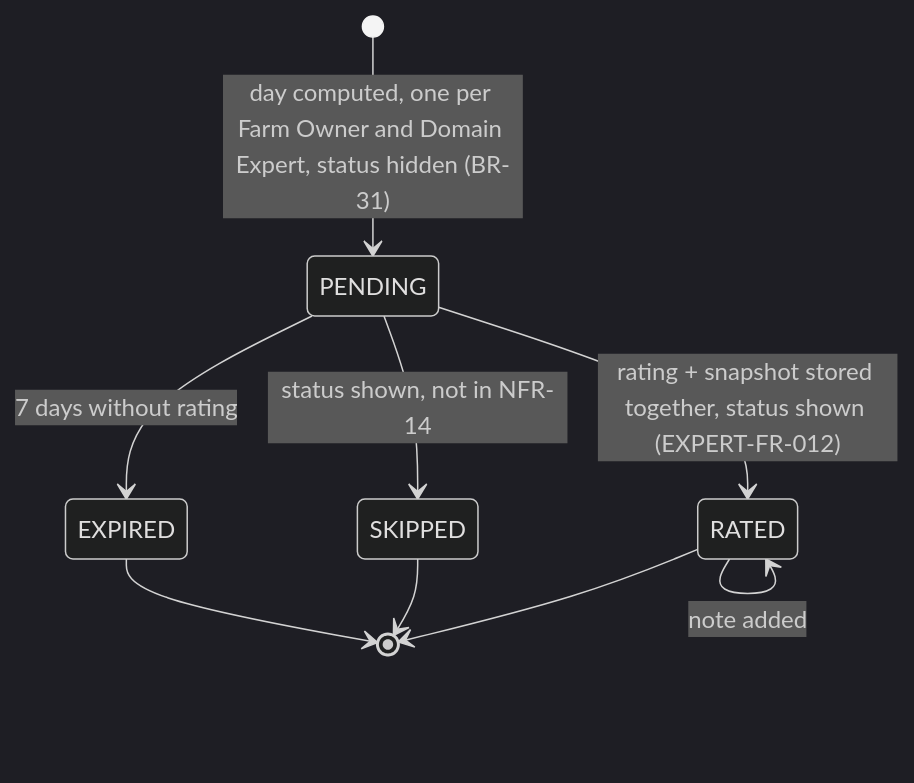
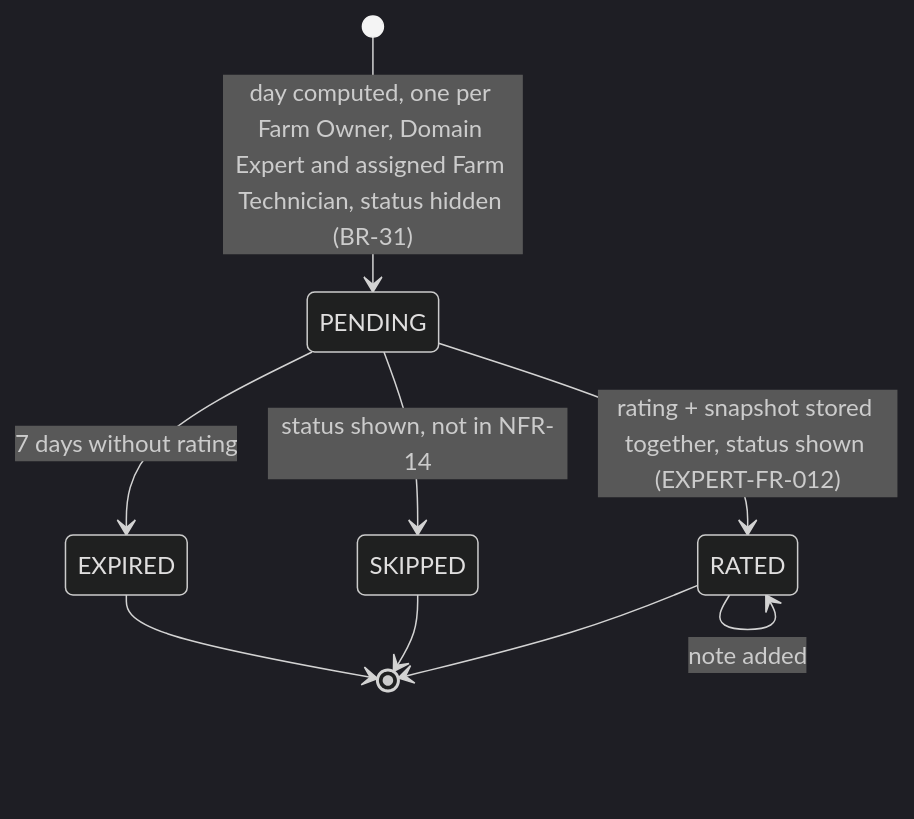
Diagram 21 of 40 in docs/reports/report4-sdd.md (NBao261/SwiftletCare_KLTN), drawn with Mermaid (dark theme) before and after one commit. The commit also changed other lines of this file, not shown here.

````diff
--- a/docs/reports/report4-sdd.md
+++ b/docs/reports/report4-sdd.md
@@ -1055,11 +1237,11 @@
 ```mermaid
 stateDiagram-v2
-  [*] --> PENDING : day computed, one per Farm Owner and Domain Expert, status hidden (BR-31)
+  [*] --> PENDING : day computed, one per Farm Owner, Domain Expert and assigned Farm Technician, status hidden (BR-31)
   PENDING --> RATED : rating + snapshot stored together, status shown (EXPERT-FR-012)
   PENDING --> SKIPPED : status shown, not in NFR-14
   PENDING --> EXPIRED : 7 days without rating
   RATED --> RATED : note added
   RATED --> [*]
   SKIPPED --> [*]
   EXPIRED --> [*]
 ```
````
